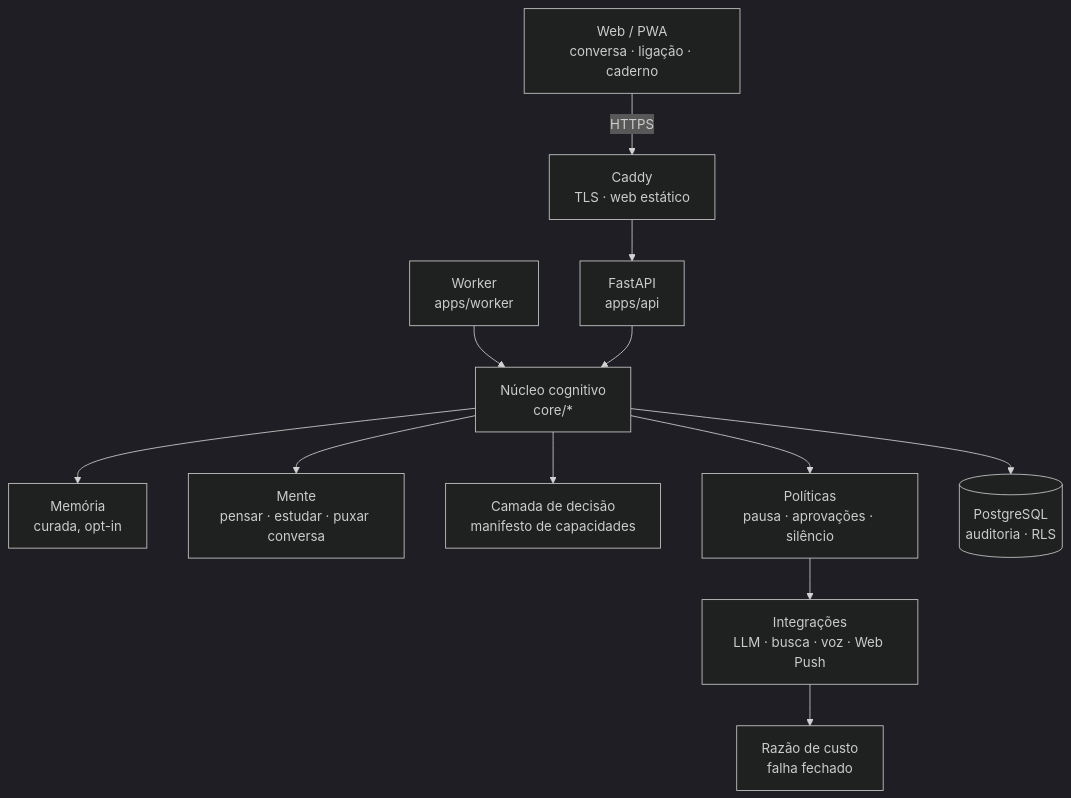
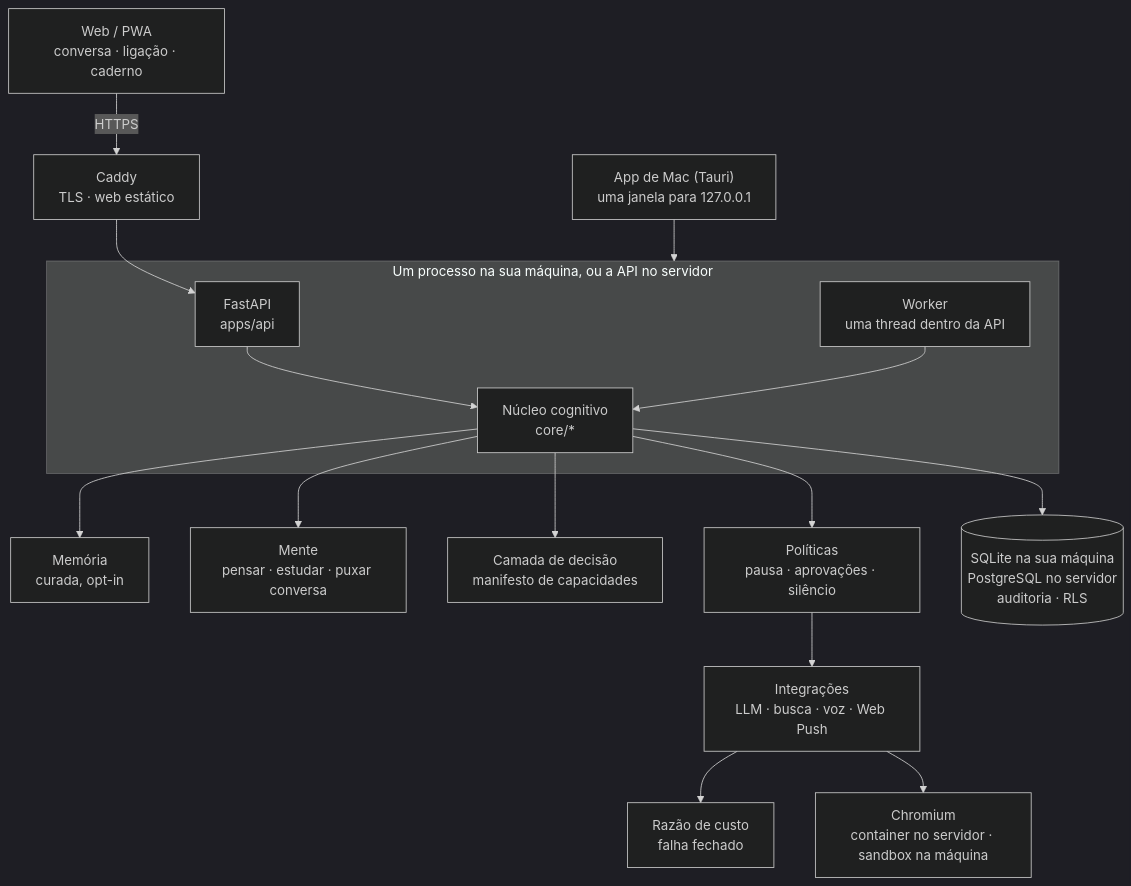
The diagram in README.pt-BR.md (Allisonfreittass/visao), drawn with Mermaid (dark theme) before and after one commit. The commit also changed other lines of this file and 1 other file, not shown here.

First line of the commit message:
README: as quatro formas de rodar o Visão e o que mudou na execução local (#26)

````diff
--- a/README.pt-BR.md
+++ b/README.pt-BR.md
@@ -50,14 +51,18 @@
 ```mermaid
 flowchart TB
   web["Web / PWA<br/>conversa · ligação · caderno"] -->|HTTPS| edge["Caddy<br/>TLS · web estático"]
-  edge --> api["FastAPI<br/>apps/api"]
-  worker["Worker<br/>apps/worker"] --> core
-  api --> core["Núcleo cognitivo<br/>core/*"]
+  mac["App de Mac (Tauri)<br/>uma janela para 127.0.0.1"] --> local
+  edge --> api
+  subgraph local["Um processo na sua máquina, ou a API no servidor"]
+    api["FastAPI<br/>apps/api"] --> core["Núcleo cognitivo<br/>core/*"]
+    worker["Worker<br/>uma thread dentro da API"] --> core
+  end
   core --> memory["Memória<br/>curada, opt-in"]
   core --> mind["Mente<br/>pensar · estudar · puxar conversa"]
   core --> decision["Camada de decisão<br/>manifesto de capacidades"]
   core --> gate["Políticas<br/>pausa · aprovações · silêncio"]
   gate --> integrations["Integrações<br/>LLM · busca · voz · Web Push"]
   integrations --> ledger["Razão de custo<br/>falha fechado"]
-  core --> db[("PostgreSQL<br/>auditoria · RLS")]
+  integrations --> browser["Chromium<br/>container no servidor · sandbox na máquina"]
+  core --> db[("SQLite na sua máquina<br/>PostgreSQL no servidor<br/>auditoria · RLS")]
 ```
````
